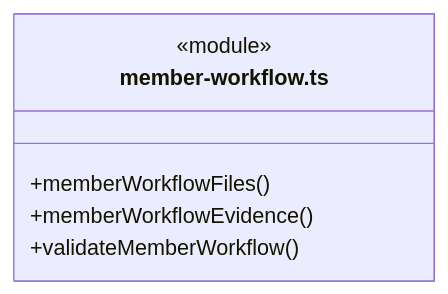
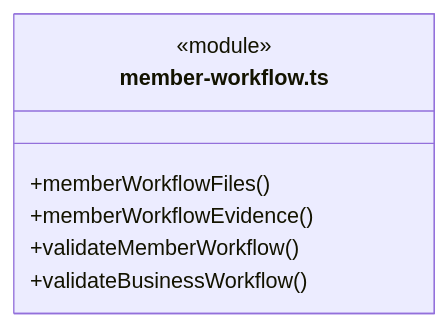
Before and after one commit to nan023062/cbim: diagram 12 of 16 in src/logic/team/runtime/ARCHITECTURE.md, drawn with Mermaid. The commit also changed other lines of this file and 58 other files, not shown here.

````diff
--- a/src/logic/team/runtime/ARCHITECTURE.md
+++ b/src/logic/team/runtime/ARCHITECTURE.md
@@ -291,9 +291,10 @@
 ```mermaid
 classDiagram
 class N_src_logic_team_runtime_member_workflow_ts["member-workflow.ts"] {
   <<module>>
   +memberWorkflowFiles()
   +memberWorkflowEvidence()
   +validateMemberWorkflow()
+  +validateBusinessWorkflow()
 }
 ```
````
